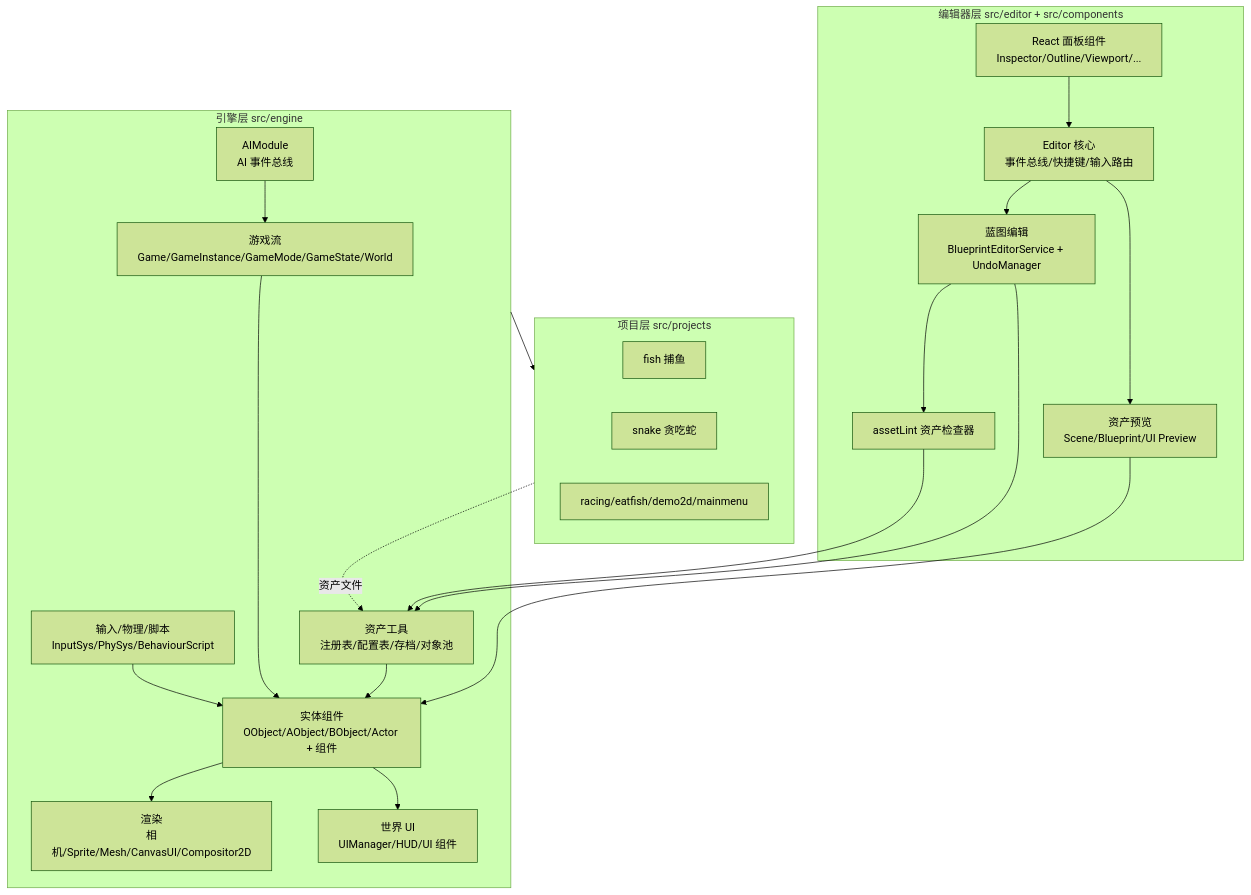
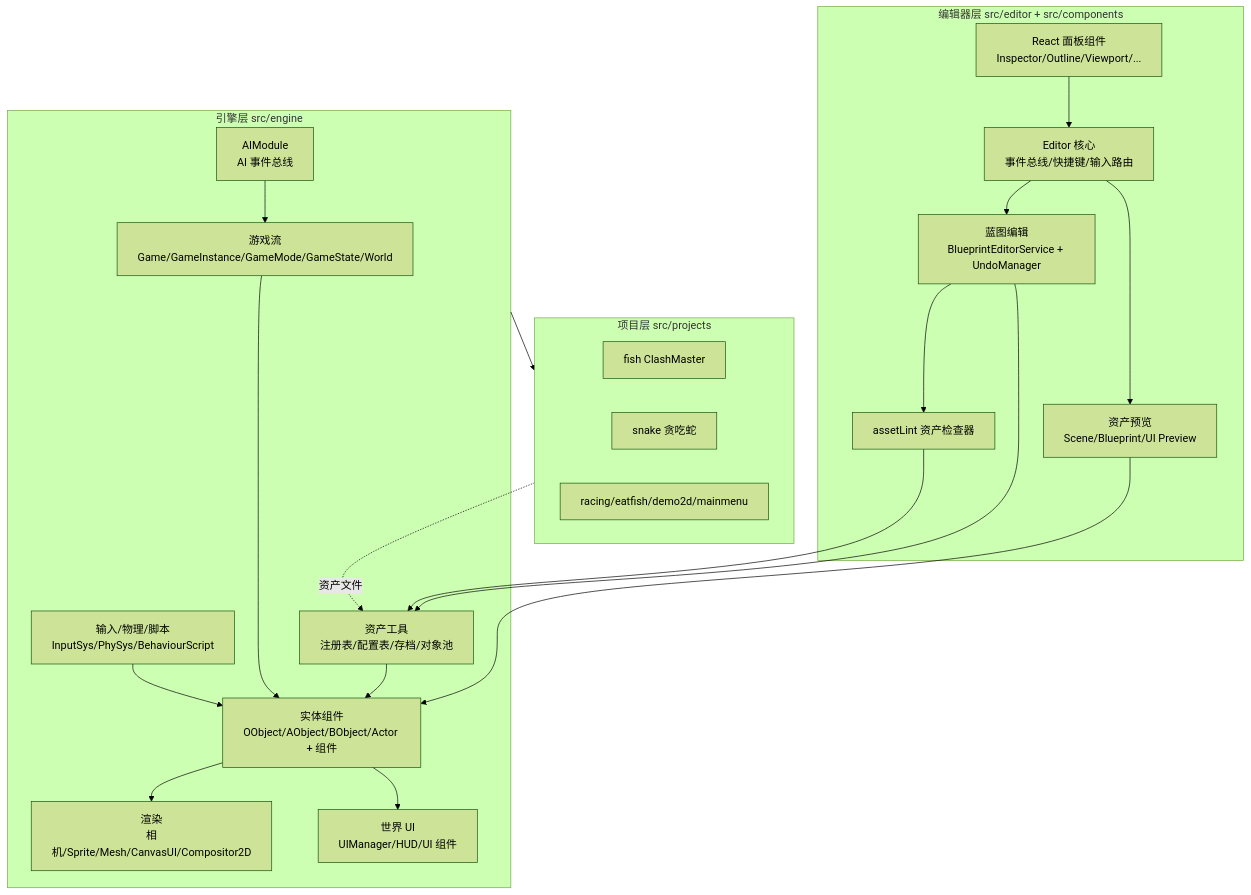
The diagram in doc/system_overview.md (Kaplc/DemoStudio), drawn with Mermaid (forest theme) before and after one commit. The commit also changed other lines of this file and 81 other files, not shown here.

````diff
--- a/doc/system_overview.md
+++ b/doc/system_overview.md
@@ -303,41 +303,41 @@
 ```mermaid
 flowchart TD
     subgraph Editor[编辑器层 src/editor + src/components]
         UI[React 面板组件<br/>Inspector/Outline/Viewport/...]
         Core[Editor 核心<br/>事件总线/快捷键/输入路由]
         Edit[蓝图编辑<br/>BlueprintEditorService + UndoManager]
         Lint[assetLint 资产检查器]
         Prev[资产预览<br/>Scene/Blueprint/UI Preview]
     end
 
     subgraph Engine[引擎层 src/engine]
         Flow[游戏流<br/>Game/GameInstance/GameMode/GameState/World]
         Entity[实体组件<br/>OObject/AObject/BObject/Actor + 组件]
         Render[渲染<br/>相机/Sprite/Mesh/CanvasUI/Compositor2D]
         UI2[世界 UI<br/>UIManager/HUD/UI 组件]
         InP[输入/物理/脚本<br/>InputSys/PhySys/BehaviourScript]
         Asset[资产工具<br/>注册表/配置表/存档/对象池]
         AI[AIModule<br/>AI 事件总线]
     end
 
     subgraph Projects[项目层 src/projects]
-        P1[fish 捕鱼]
+        P1[fish ClashMaster]
         P2[snake 贪吃蛇]
         P3[racing/eatfish/demo2d/mainmenu]
     end
 
     UI --> Core --> Edit --> Lint
     Core --> Prev
     Edit --> Asset
     Lint --> Asset
     Prev --> Entity
 
     Engine --> Projects
     Flow --> Entity --> Render
     Entity --> UI2
     InP --> Entity
     Asset --> Entity
     AI --> Flow
 
     Projects -. 资产文件 .-> Asset
 ```
````
